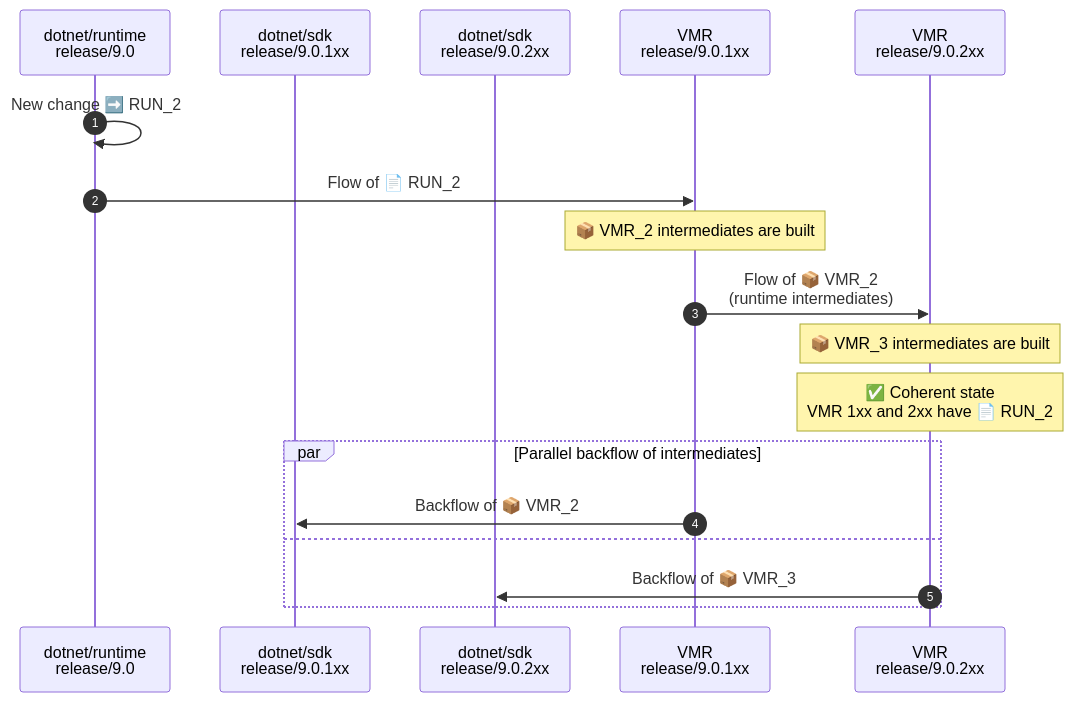
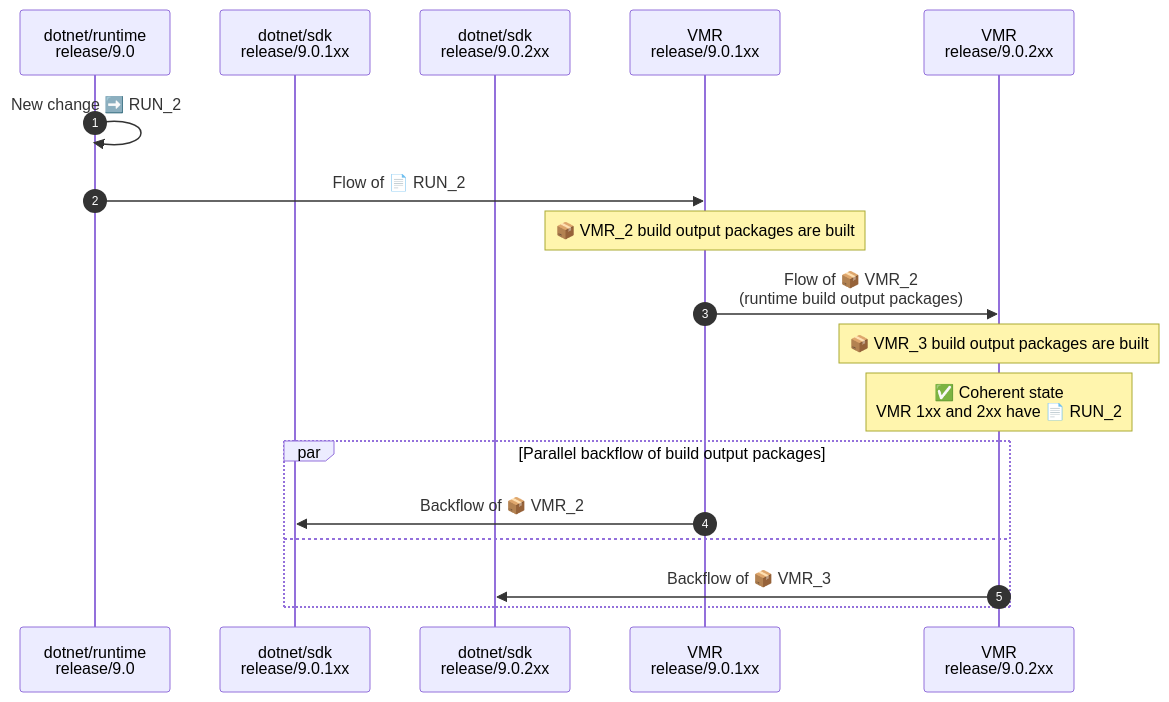
One commit to dotnet/arcade changed the first of 2 diagrams in Documentation/UnifiedBuild/VMR-Managing-SDK-Bands-SDK-branches.md. Above: the diagram before and after it, drawn with Mermaid. The commit also changed other lines of this file and 2 other files, not shown here.

Commit message:
Intermediates -> Build output packages

````diff
--- a/Documentation/UnifiedBuild/VMR-Managing-SDK-Bands-SDK-branches.md
+++ b/Documentation/UnifiedBuild/VMR-Managing-SDK-Bands-SDK-branches.md
@@ -102,25 +102,25 @@
 ```mermaid
 sequenceDiagram
     autonumber
 
     participant runtime as dotnet/runtime<br />release/9.0
     participant SDK_1xx as dotnet/sdk<br />release/9.0.1xx
     participant SDK_2xx as dotnet/sdk<br />release/9.0.2xx
     participant VMR_1xx as VMR<br />release/9.0.1xx
     participant VMR_2xx as VMR<br />release/9.0.2xx
 
     runtime->>runtime: New change ➡️ RUN_2
 
     runtime->>VMR_1xx: Flow of 📄 RUN_2
-    Note over VMR_1xx: 📦 VMR_2 intermediates are built
-    VMR_1xx->>VMR_2xx: Flow of 📦 VMR_2<br />(runtime intermediates)
-    Note over VMR_2xx: 📦 VMR_3 intermediates are built
+    Note over VMR_1xx: 📦 VMR_2 build output packages are built
+    VMR_1xx->>VMR_2xx: Flow of 📦 VMR_2<br />(runtime build output packages)
+    Note over VMR_2xx: 📦 VMR_3 build output packages are built
 
     Note over VMR_2xx: ✅ Coherent state<br />VMR 1xx and 2xx have 📄 RUN_2
 
-    par Parallel backflow of intermediates
+    par Parallel backflow of build output packages
         VMR_1xx->>SDK_1xx: Backflow of 📦 VMR_2
     and
         VMR_2xx->>SDK_2xx: Backflow of 📦 VMR_3
     end
 ```
````
